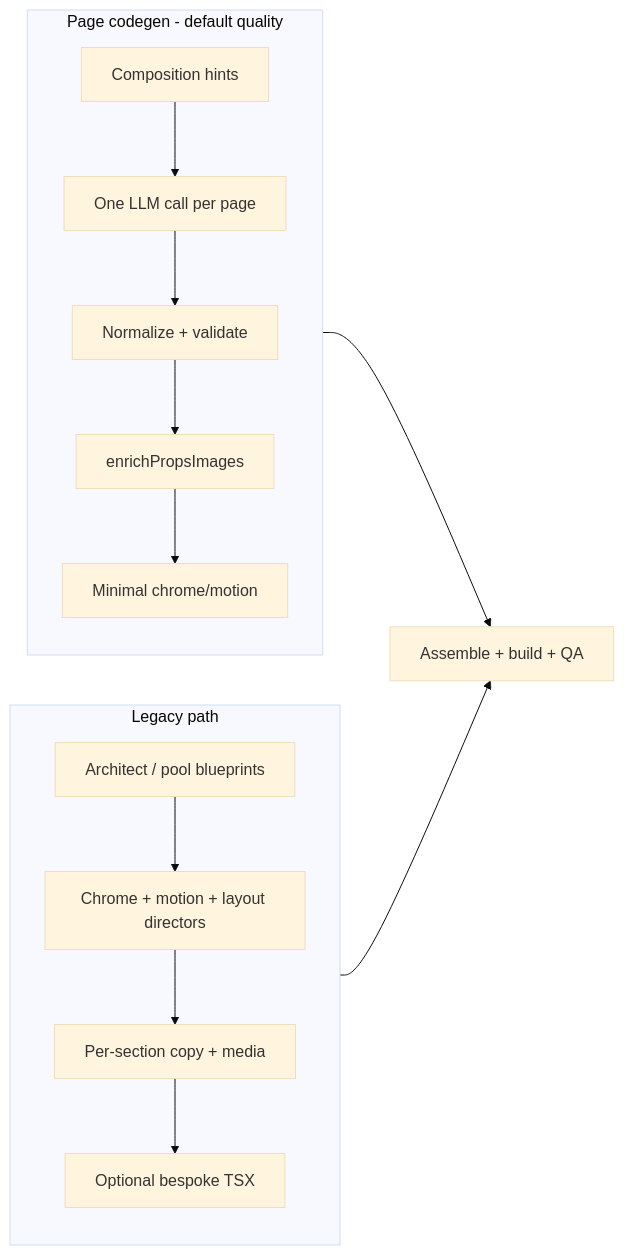
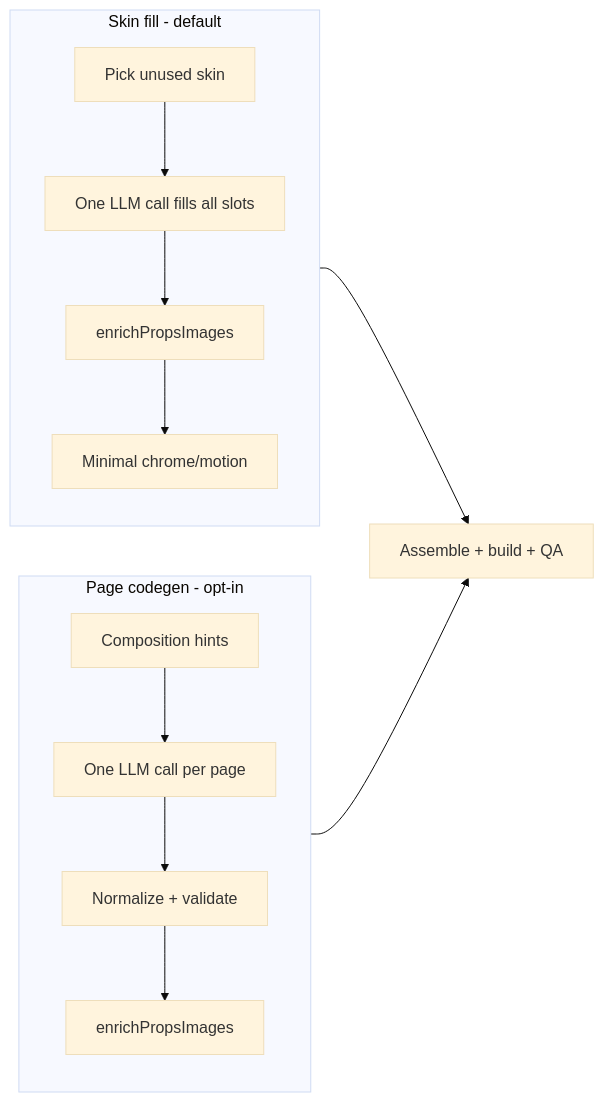
Before and after one commit to Punya23/Website_Generator: the second of 2 diagrams in docs/SYSTEM.md, drawn with Mermaid (base theme). The commit also changed other lines of this file and 110 other files, not shown here.

````diff
--- a/docs/SYSTEM.md
+++ b/docs/SYSTEM.md
@@ -189,16 +188,15 @@
 ```mermaid
 flowchart LR
-  subgraph pageCodegen [Page codegen - default quality]
+  subgraph skinFill [Skin fill - default]
+    Pick[Pick unused skin] --> Fill[One LLM call fills all slots]
+    Fill --> Img[enrichPropsImages]
+    Img --> Minimal[Minimal chrome/motion]
+  end
+  subgraph pageCodegen [Page codegen - opt-in]
     Hints[Composition hints] --> PageLLM[One LLM call per page]
     PageLLM --> Norm[Normalize + validate]
-    Norm --> Img[enrichPropsImages]
-    Img --> Minimal[Minimal chrome/motion]
+    Norm --> Img2[enrichPropsImages]
   end
-  subgraph legacy [Legacy path]
-    Arch[Architect / pool blueprints] --> Directors[Chrome + motion + layout directors]
-    Directors --> Fill[Per-section copy + media]
-    Fill --> OptionalBespoke[Optional bespoke TSX]
-  end
-  pageCodegen --> Finish[Assemble + build + QA]
-  legacy --> Finish
+  skinFill --> Finish[Assemble + build + QA]
+  pageCodegen --> Finish
 ```
````
